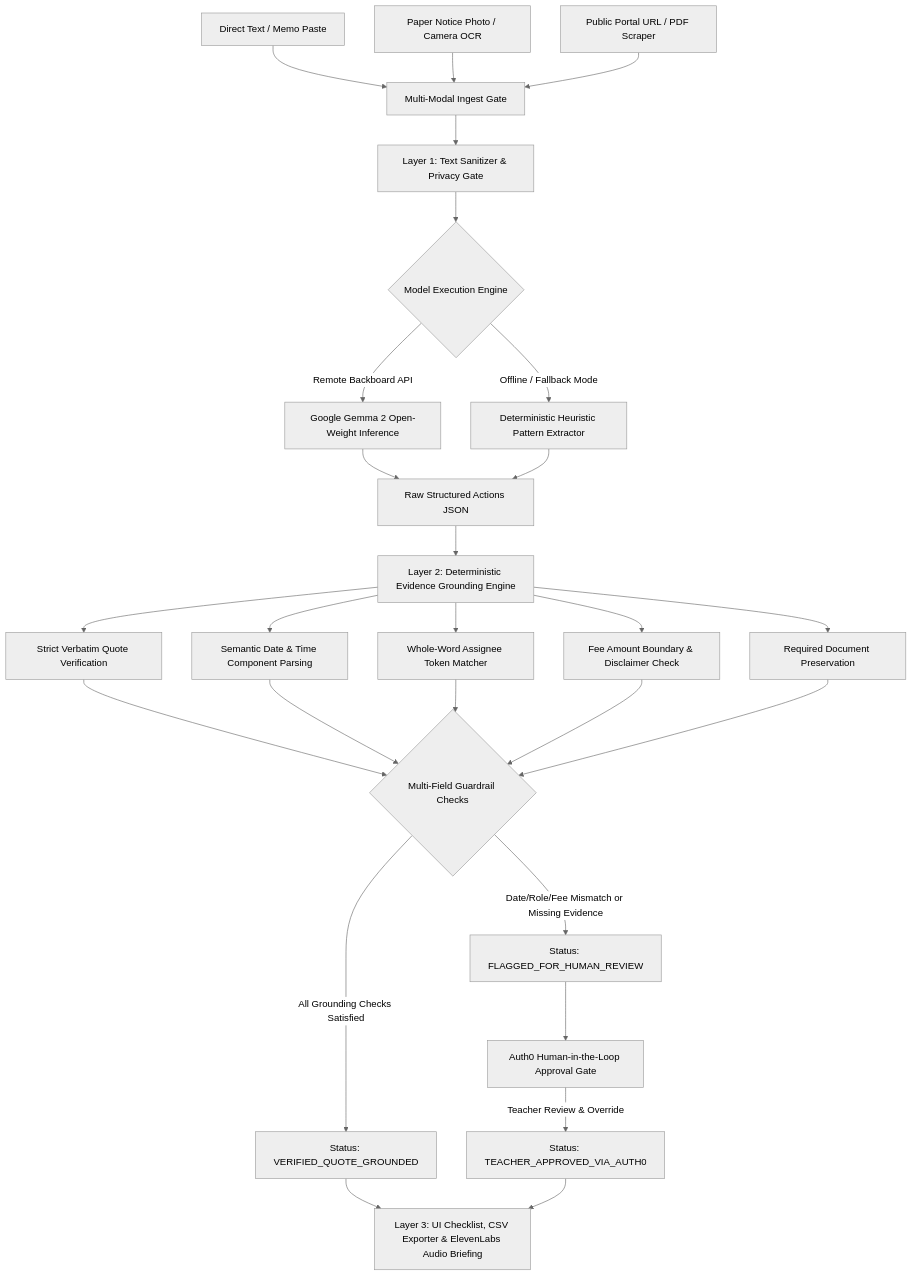
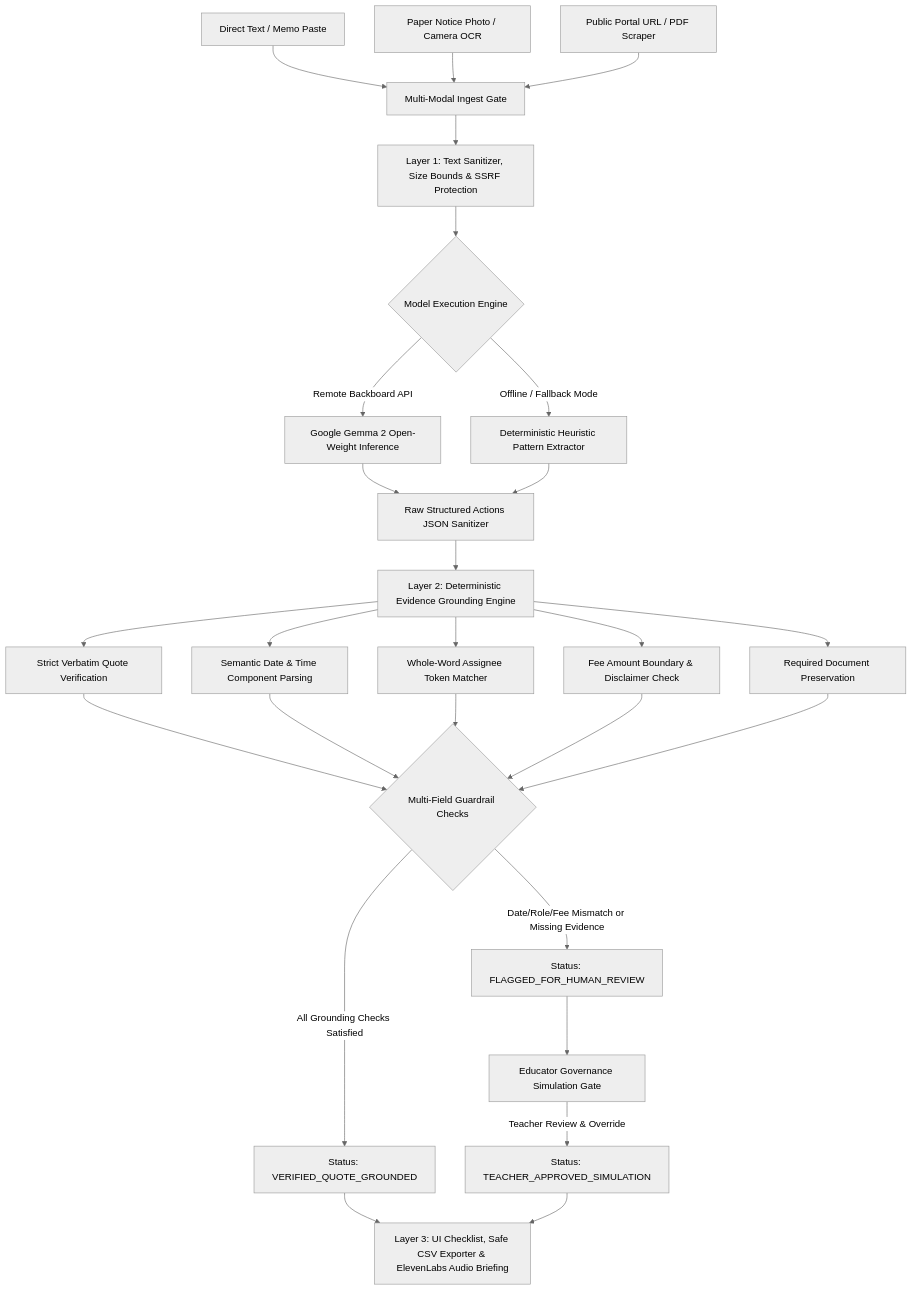
The diagram in README.md (diusazzad/notice2next), drawn with Mermaid (neutral theme) before and after one commit. The commit also changed other lines of this file and 1 other file, not shown here.

Commit message:
docs: clarify security architecture, honest simulation disclosures, and audit findings

````diff
--- a/README.md
+++ b/README.md
@@ -38,24 +37,24 @@
 ```mermaid
 flowchart TD
     A1[Direct Text / Memo Paste] --> B[Multi-Modal Ingest Gate]
     A2[Paper Notice Photo / Camera OCR] --> B
     A3[Public Portal URL / PDF Scraper] --> B
-    B --> C[Layer 1: Text Sanitizer & Privacy Gate]
+    B --> C[Layer 1: Text Sanitizer, Size Bounds & SSRF Protection]
     C --> D{Model Execution Engine}
     D -->|Remote Backboard API| E[Google Gemma 2 Open-Weight Inference]
     D -->|Offline / Fallback Mode| F[Deterministic Heuristic Pattern Extractor]
-    E --> G[Raw Structured Actions JSON]
+    E --> G[Raw Structured Actions JSON Sanitizer]
     F --> G
     G --> H[Layer 2: Deterministic Evidence Grounding Engine]
     H --> I[Strict Verbatim Quote Verification]
     H --> J[Semantic Date & Time Component Parsing]
     H --> K[Whole-Word Assignee Token Matcher]
     H --> L[Fee Amount Boundary & Disclaimer Check]
     H --> M[Required Document Preservation]
     I & J & K & L & M --> N{Multi-Field Guardrail Checks}
     N -->|All Grounding Checks Satisfied| O[Status: VERIFIED_QUOTE_GROUNDED]
     N -->|Date/Role/Fee Mismatch or Missing Evidence| P[Status: FLAGGED_FOR_HUMAN_REVIEW]
-    P --> Q[Auth0 Human-in-the-Loop Approval Gate]
-    Q -->|Teacher Review & Override| R[Status: TEACHER_APPROVED_VIA_AUTH0]
-    O & R --> S[Layer 3: UI Checklist, CSV Exporter & ElevenLabs Audio Briefing]
+    P --> Q[Educator Governance Simulation Gate]
+    Q -->|Teacher Review & Override| R[Status: TEACHER_APPROVED_SIMULATION]
+    O & R --> S[Layer 3: UI Checklist, Safe CSV Exporter & ElevenLabs Audio Briefing]
 ```
````
